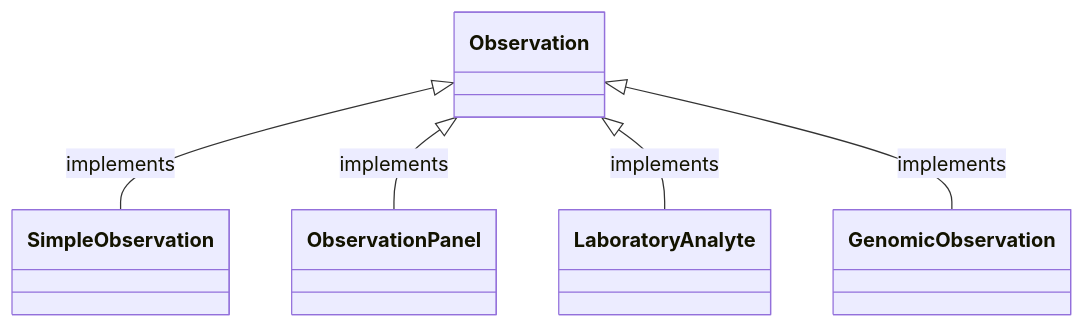
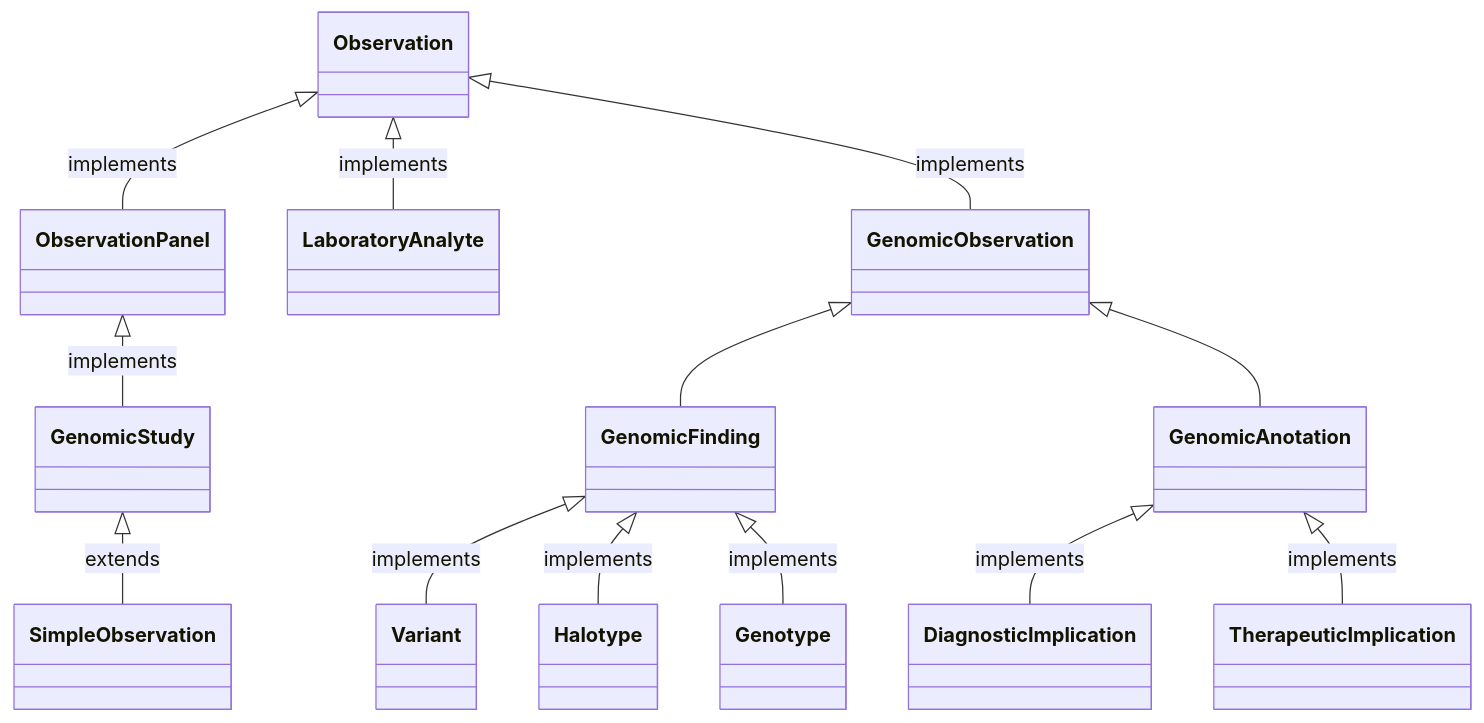
One commit to nw-gmsa/nw-gmsa.github.com changed the first of 2 diagrams in input/pagecontent/StructureDefinition-Observation-intro.md. Above: the diagram before and after it, drawn with Mermaid. The commit also changed 1 other file, not shown here.

Commit message:
class diagrams

````diff
--- a/input/pagecontent/StructureDefinition-Observation-intro.md
+++ b/input/pagecontent/StructureDefinition-Observation-intro.md
@@ -11,8 +11,21 @@
 ```mermaid
 classDiagram
 
-Observation <|-- SimpleObservation : implements
+
 Observation <|-- ObservationPanel : implements
 Observation <|-- LaboratoryAnalyte : implements
 Observation <|-- GenomicObservation : implements
+ObservationPanel <|-- GenomicStudy : implements
+
+GenomicObservation <|-- GenomicFinding 
+GenomicObservation <|-- GenomicAnotation
+
+GenomicFinding <|-- Variant :implements
+GenomicFinding <|-- Halotype :implements
+GenomicFinding <|-- Genotype :implements
+
+GenomicAnotation <|-- DiagnosticImplication :implements
+GenomicAnotation <|-- TherapeuticImplication :implements
+
+GenomicStudy <|-- SimpleObservation : extends
 ```
````
